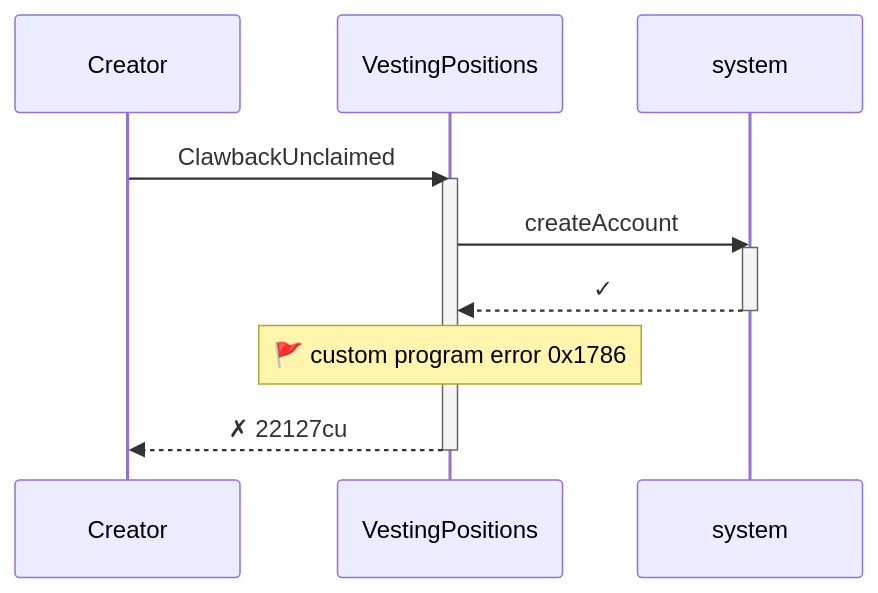
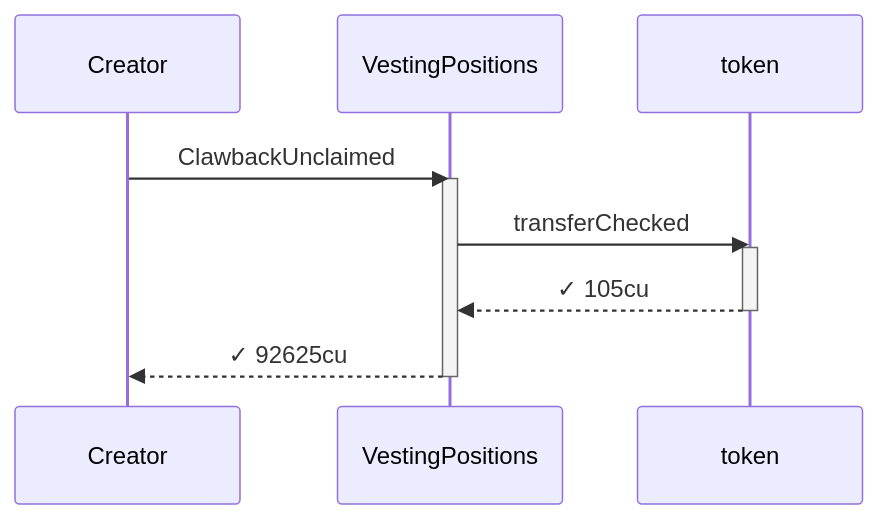
One commit to cds-turbin3/vesting-position changed the first of 3 diagrams in babelfish-tests/test-report/clawback_unclaimed_succeeds_despite_buyers_zeroed_receipt.md. Above: the diagram before and after it, drawn with Mermaid. The commit also changed other lines of this file and 50 other files, not shown here.

````diff
--- a/babelfish-tests/test-report/clawback_unclaimed_succeeds_despite_buyers_zeroed_receipt.md
+++ b/babelfish-tests/test-report/clawback_unclaimed_succeeds_despite_buyers_zeroed_receipt.md
@@ -5,15 +5,14 @@
 ```mermaid
 sequenceDiagram
     participant p0 as Creator
     participant p1 as VestingPositions
-    participant p2 as system
+    participant p2 as token
     p0->>p1: ClawbackUnclaimed
     activate p1
-    p1->>p2: createAccount
+    p1->>p2: transferChecked
     activate p2
-    p2-->>p1: ✓
+    p2-->>p1: ✓ 105cu
     deactivate p2
-    note over p1: 🚩 custom program error  0x1786
-    p1-->>p0: ✗ 22127cu
+    p1-->>p0: ✓ 92625cu
     deactivate p1
 ```
````
